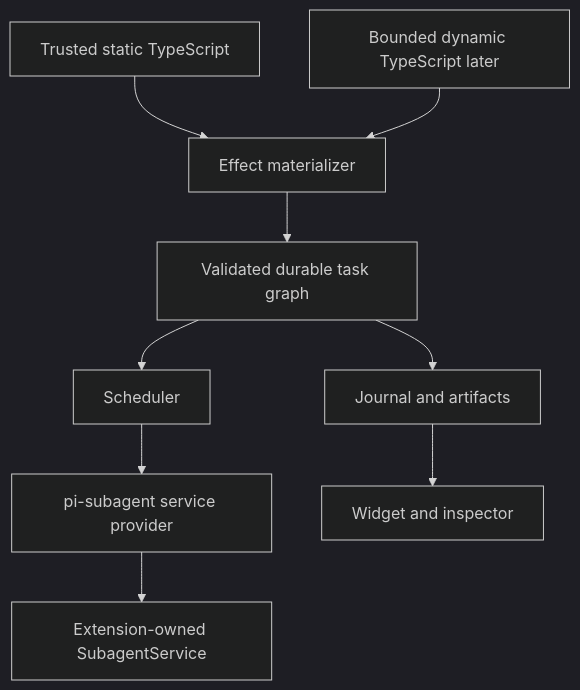
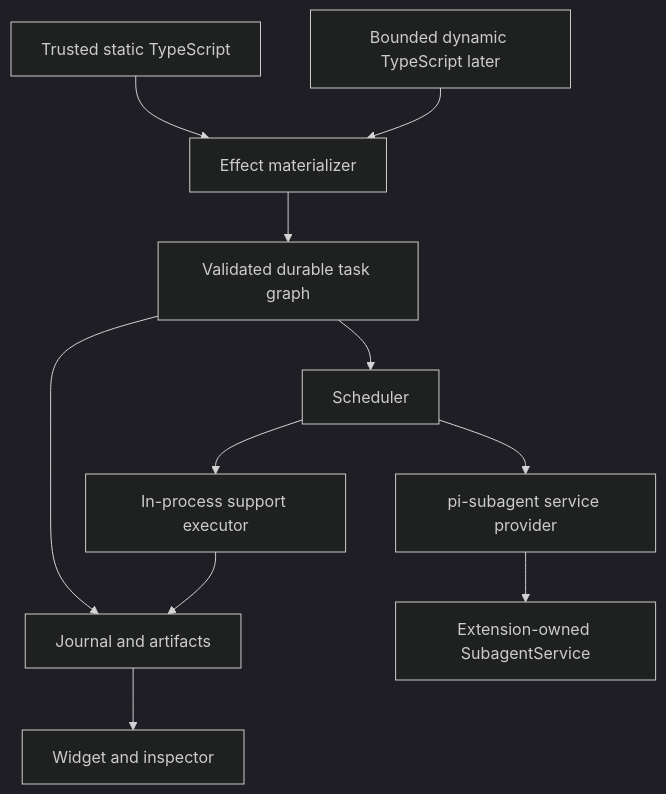
The diagram in docs/architecture.md (vegardx/pi-workflow), drawn with Mermaid (dark theme) before and after one commit. The commit also changed other lines of this file and 10 other files, not shown here.

````diff
--- a/docs/architecture.md
+++ b/docs/architecture.md
@@ -8,21 +8,24 @@
 ```mermaid
 graph TD
     Static[Trusted static TypeScript]
     Dynamic[Bounded dynamic TypeScript later]
     Materializer[Effect materializer]
     Graph[Validated durable task graph]
     Scheduler[Scheduler]
     Journal[Journal and artifacts]
+    Support[In-process support executor]
     Broker[pi-subagent service provider]
     Service[Extension-owned SubagentService]
     UI[Widget and inspector]
 
     Static --> Materializer
     Dynamic --> Materializer
     Materializer --> Graph
     Graph --> Journal
     Graph --> Scheduler
     Scheduler --> Broker
+    Scheduler --> Support
+    Support --> Journal
     Broker --> Service
     Journal --> UI
 ```
````
